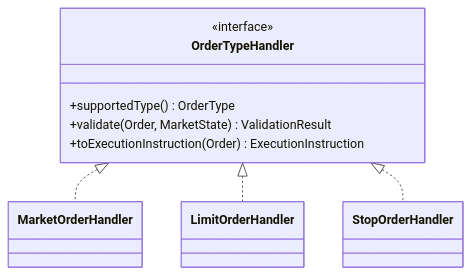
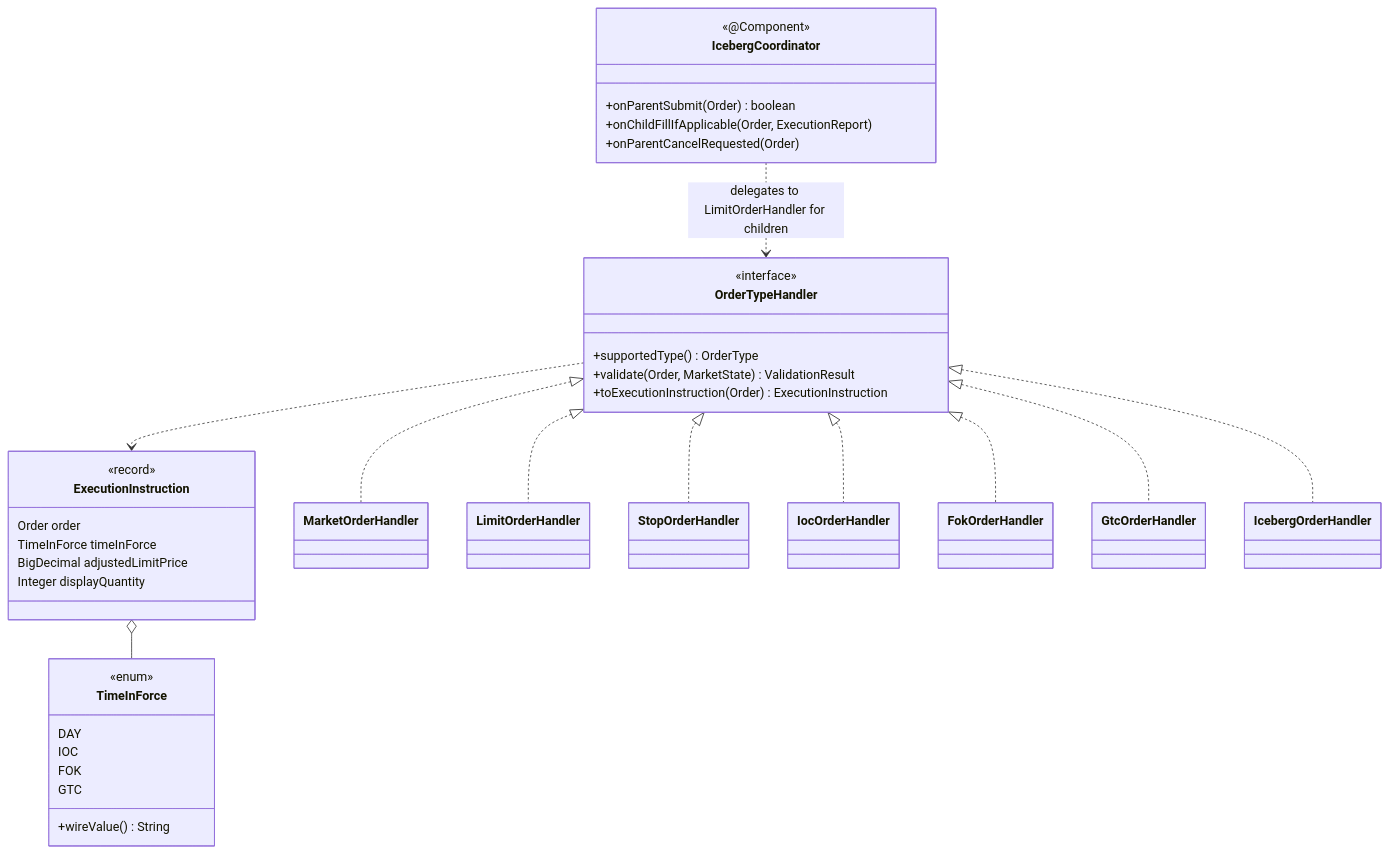
Before and after one commit to drag0sd0g/MariaAlpha: the ninth of 18 diagrams in docs/technical-design-document.md, drawn with Mermaid. The commit also changed other lines of this file and 78 other files, not shown here.

First line of the commit message:
2.1.3 & 2.1.4 IOC / FOK / Iceberg / GTC order type support (#152)

````diff
--- a/docs/technical-design-document.md
+++ b/docs/technical-design-document.md
@@ -696,12 +696,40 @@
 ```mermaid
 classDiagram
     class OrderTypeHandler {
         <<interface>>
         +supportedType() OrderType
         +validate(Order, MarketState) ValidationResult
         +toExecutionInstruction(Order) ExecutionInstruction
     }
+    class ExecutionInstruction {
+        <<record>>
+        Order order
+        TimeInForce timeInForce
+        BigDecimal adjustedLimitPrice
+        Integer displayQuantity
+    }
+    class TimeInForce {
+        <<enum>>
+        DAY
+        IOC
+        FOK
+        GTC
+        +wireValue() String
+    }
+    class IcebergCoordinator {
+        <<@Component>>
+        +onParentSubmit(Order) boolean
+        +onChildFillIfApplicable(Order, ExecutionReport)
+        +onParentCancelRequested(Order)
+    }
     OrderTypeHandler <|.. MarketOrderHandler
     OrderTypeHandler <|.. LimitOrderHandler
     OrderTypeHandler <|.. StopOrderHandler
+    OrderTypeHandler <|.. IocOrderHandler
+    OrderTypeHandler <|.. FokOrderHandler
+    OrderTypeHandler <|.. GtcOrderHandler
+    OrderTypeHandler <|.. IcebergOrderHandler
+    OrderTypeHandler ..> ExecutionInstruction
+    ExecutionInstruction o-- TimeInForce
+    IcebergCoordinator ..> OrderTypeHandler : delegates to LimitOrderHandler for children
 ```
````
